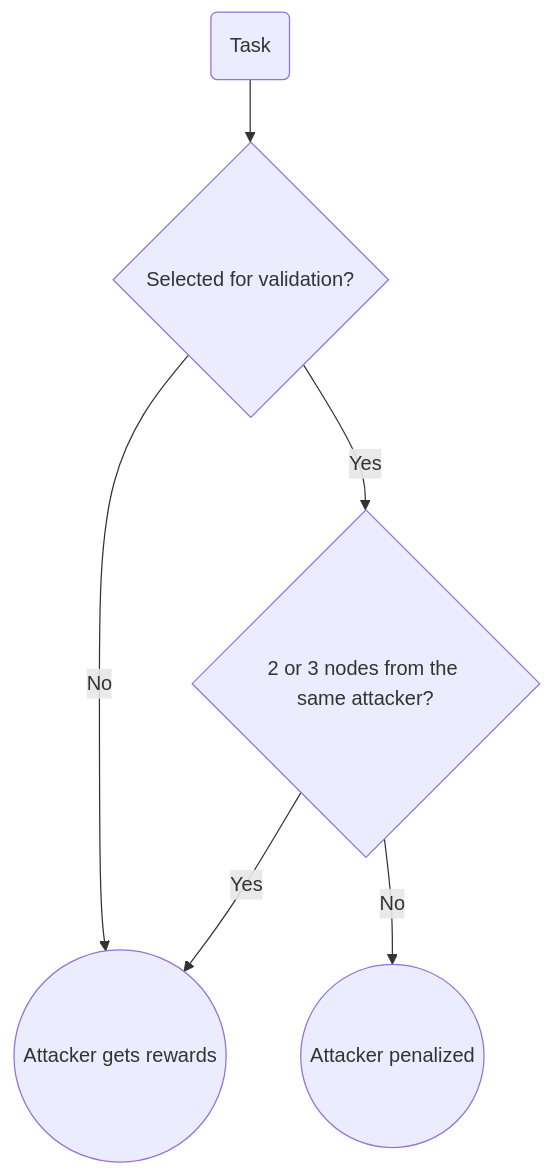
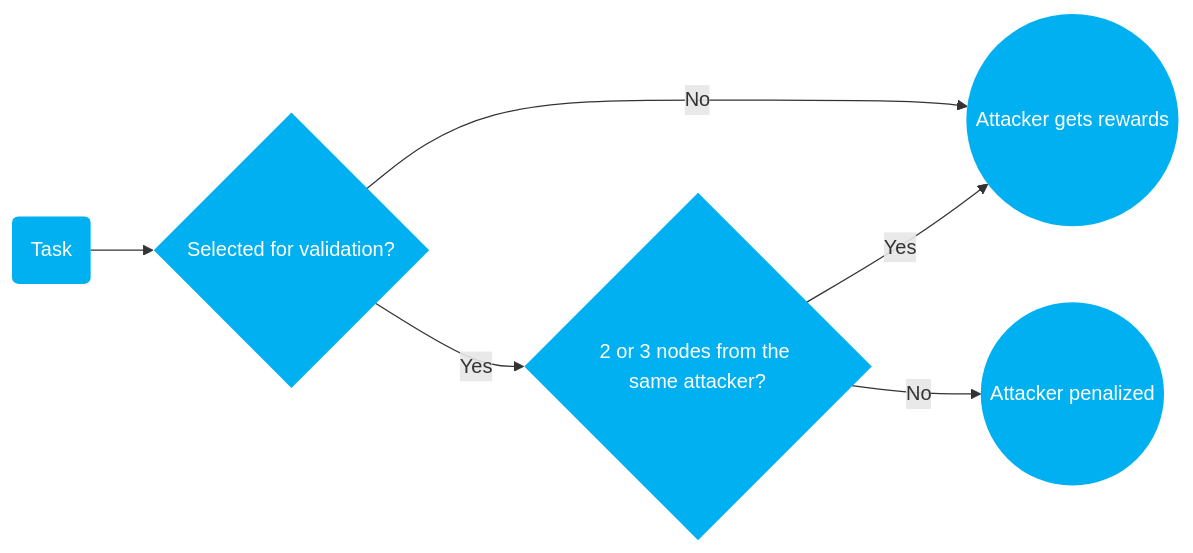
Before and after one commit to crynux-ai/documentation: the diagram in gitbook/system-design/consensus-protocol.md, drawn with Mermaid. The commit also changed other lines of this file, not shown here.

````diff
--- a/gitbook/system-design/consensus-protocol.md
+++ b/gitbook/system-design/consensus-protocol.md
@@ -80,8 +80,9 @@
 ```mermaid
-graph TD
+graph LR
   task(Task) --> sampling{Selected for validation?}
   sampling -- No --> attacker((Attacker gets rewards))
   sampling -- Yes --> twonode{2 or 3 nodes from the same attacker?}
   twonode -- Yes --> attacker
   twonode -- No --> slash((Attacker penalized))
+  classDef node fill: #00B0F0, stroke: none, color: #fff
 ```
````
